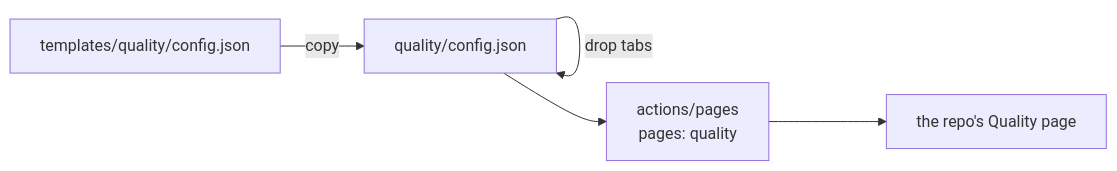
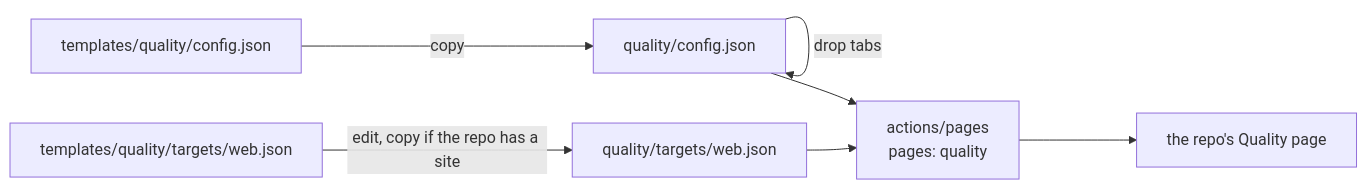
The diagram in templates/quality/README.md (SoulCraft-Org/git-crafter), drawn with Mermaid before and after one commit. The commit also changed other lines of this file and 3 other files, not shown here.

Commit message:
Quality starter: each tab's needs, a commented web example, the open issue forms, a build test

````diff
--- a/templates/quality/README.md
+++ b/templates/quality/README.md
@@ -5,7 +5,9 @@
 ```mermaid
 flowchart LR
   S[templates/quality/config.json] -->|copy| C[quality/config.json]
+  W[templates/quality/targets/web.json] -->|edit, copy if the repo has a site| T[quality/targets/web.json]
   C -->|drop tabs| C
   C --> A[actions/pages<br/>pages: quality]
+  T --> A
   A --> P[the repo's Quality page]
 ```
````
